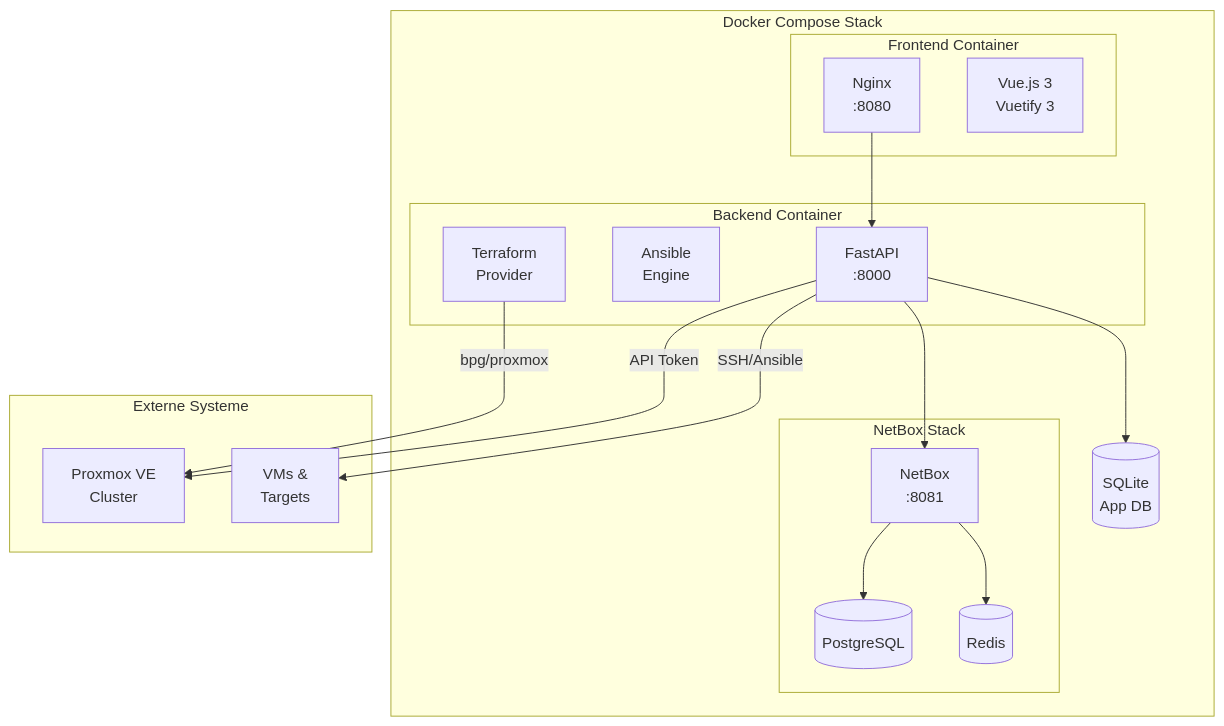
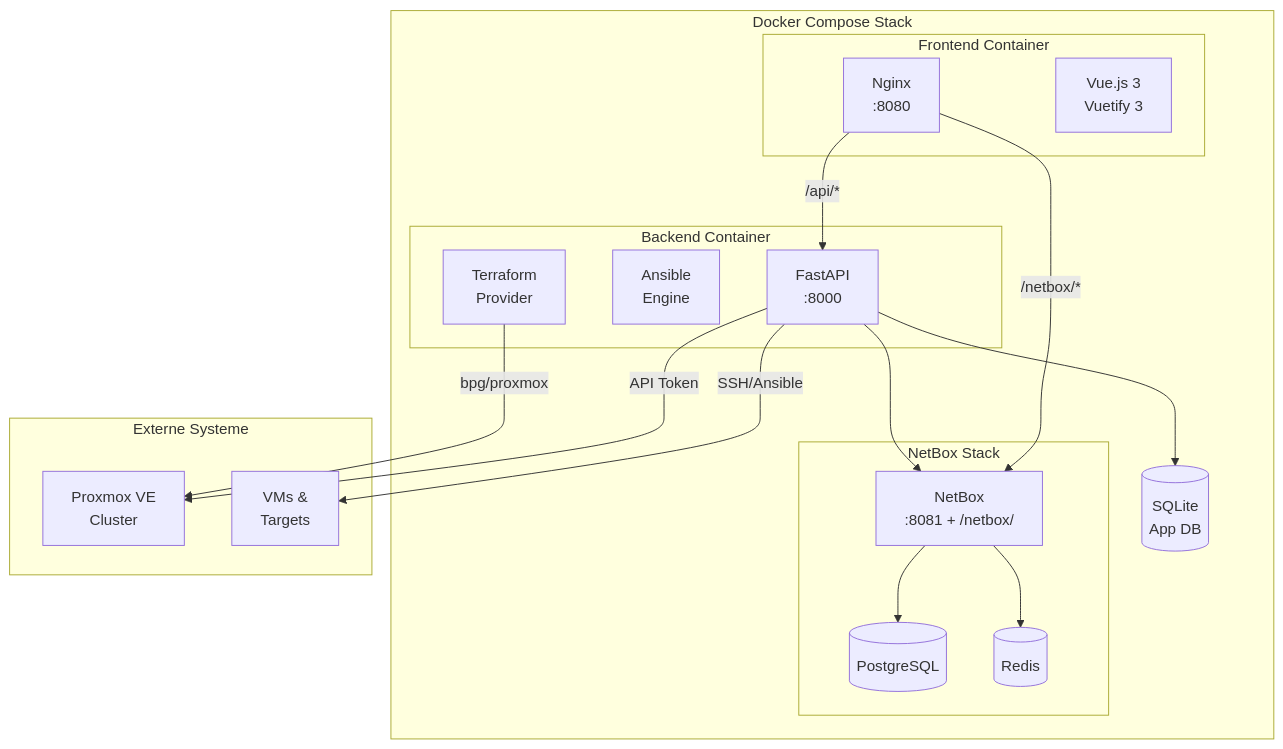
One commit to dvaper/proxmox-commander changed the diagram in README.md. Above: the diagram before and after it, drawn with Mermaid.

Commit message:
docs: Architektur-Diagramm mit /netbox/ Routing aktualisiert

````diff
--- a/README.md
+++ b/README.md
@@ -277,37 +277,38 @@
 ```mermaid
 flowchart TB
     subgraph Docker["Docker Compose Stack"]
         subgraph Frontend["Frontend Container"]
             nginx["Nginx\n:8080"]
             vue["Vue.js 3\nVuetify 3"]
         end
 
         subgraph Backend["Backend Container"]
             fastapi["FastAPI\n:8000"]
             ansible["Ansible\nEngine"]
             terraform["Terraform\nProvider"]
         end
 
         subgraph NetBoxStack["NetBox Stack"]
-            netbox["NetBox\n:8081"]
+            netbox["NetBox\n:8081 + /netbox/"]
             postgres[(PostgreSQL)]
             redis[(Redis)]
         end
 
         sqlite[(SQLite\nApp DB)]
     end
 
     subgraph External["Externe Systeme"]
         proxmox["Proxmox VE\nCluster"]
         vms["VMs &\nTargets"]
     end
 
-    nginx --> fastapi
+    nginx -->|"/api/*"| fastapi
+    nginx -->|"/netbox/*"| netbox
     fastapi --> sqlite
     fastapi --> netbox
     netbox --> postgres
     netbox --> redis
     fastapi -->|"API Token"| proxmox
     fastapi -->|"SSH/Ansible"| vms
     terraform -->|"bpg/proxmox"| proxmox
 ```
````
